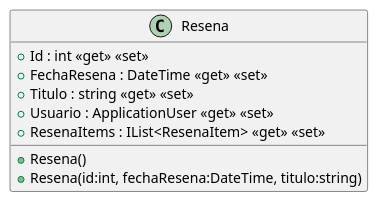
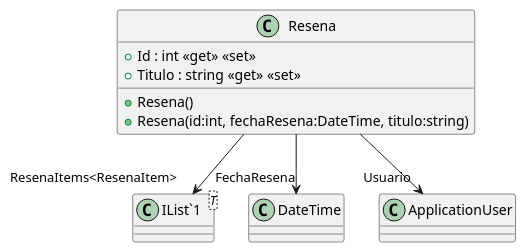
Before and after one commit to ISII2627LosGremlins/ISII2627LosGremlins: the diagram in src/AppForSEII.API/ClassDiagram/Resena.puml, drawn with PlantUML. The commit also changed 17 other files, not shown here.

```diff
--- a/src/AppForSEII.API/ClassDiagram/Resena.puml
+++ b/src/AppForSEII.API/ClassDiagram/Resena.puml
@@ -1,11 +1,13 @@
 @startuml
 class Resena {
     + Resena()
     + Resena(id:int, fechaResena:DateTime, titulo:string)
     + Id : int <<get>> <<set>>
-    + FechaResena : DateTime <<get>> <<set>>
     + Titulo : string <<get>> <<set>>
-    + Usuario : ApplicationUser <<get>> <<set>>
-    + ResenaItems : IList<ResenaItem> <<get>> <<set>>
 }
+class "IList`1"<T> {
+}
+Resena --> "FechaResena" DateTime
+Resena --> "Usuario" ApplicationUser
+Resena --> "ResenaItems<ResenaItem>" "IList`1"
 @enduml
```
